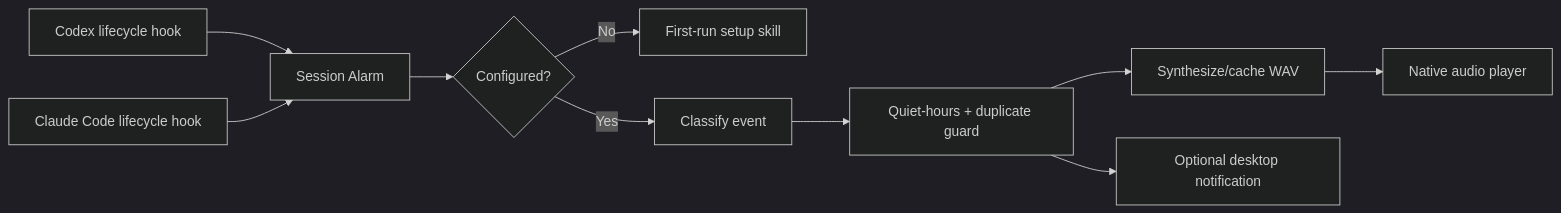
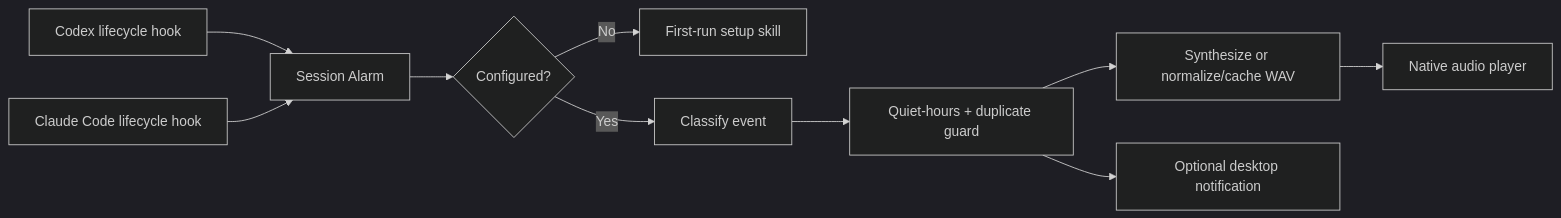
Before and after one commit to djfksjd/session-alarm: the diagram in README.md, drawn with Mermaid (dark theme). The commit also changed other lines of this file and 19 other files, not shown here.

````diff
--- a/README.md
+++ b/README.md
@@ -158,12 +167,12 @@
 ```mermaid
 flowchart LR
     A[Codex lifecycle hook] --> C[Session Alarm]
     B[Claude Code lifecycle hook] --> C
     C --> D{Configured?}
     D -- No --> E[First-run setup skill]
     D -- Yes --> F[Classify event]
     F --> G[Quiet-hours + duplicate guard]
-    G --> H[Synthesize/cache WAV]
+    G --> H[Synthesize or normalize/cache WAV]
     H --> I[Native audio player]
     G --> J[Optional desktop notification]
 ```
````
